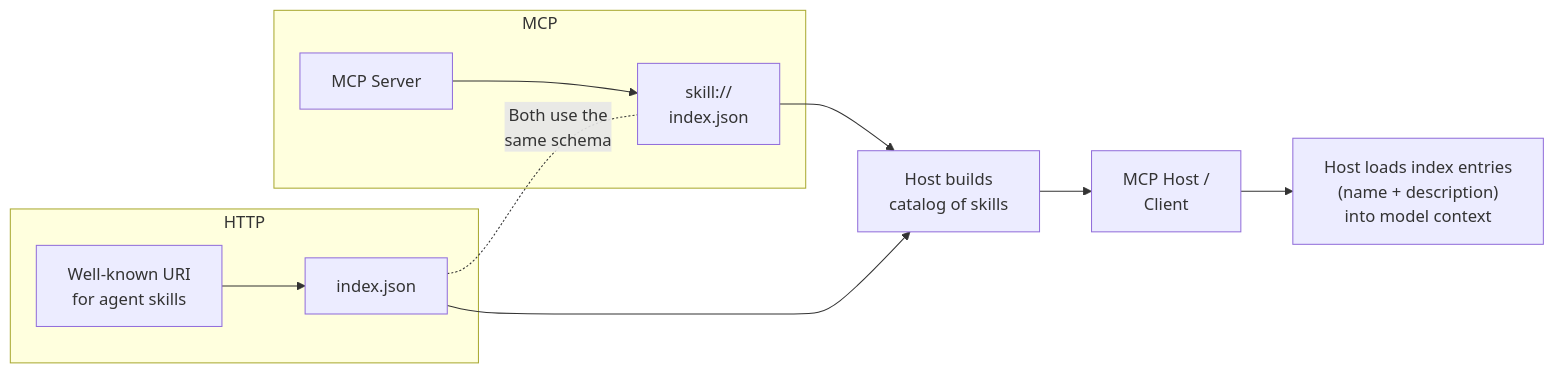
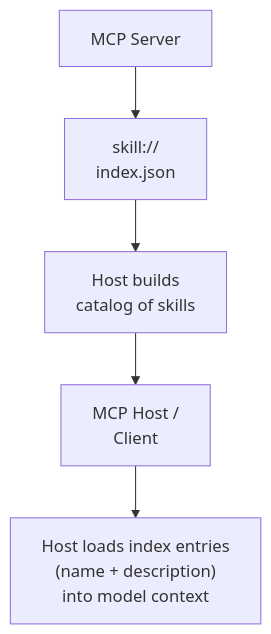
Before and after one commit to modelcontextprotocol/experimental-ext-skills: the diagram in plugins/skills-over-mcp/skills/implement-skills-host/SKILL.md, drawn with Mermaid. The commit also changed other lines of this file, not shown here.

Commit message:
refactor: streamline SKILL.md content and improve clarity on host integration

````diff
--- a/plugins/skills-over-mcp/skills/implement-skills-host/SKILL.md
+++ b/plugins/skills-over-mcp/skills/implement-skills-host/SKILL.md
@@ -19,14 +16,7 @@
 ```mermaid
-flowchart LR
-    subgraph HTTP
-        A["Well-known URI<br/>for agent skills"] --> B["index.json"]
-    end
-    subgraph MCP
-        C["MCP Server"] --> D["skill://<br/>index.json"]
-    end
-    B -. "Both use the<br/>same schema" .- D
-    B --> E["Host builds<br/>catalog of skills"]
-    D --> E
+flowchart TD
+    C["MCP Server"] --> D["skill://<br/>index.json"]
+    D --> E["Host builds<br/>catalog of skills"]
     E --> F["MCP Host /<br/>Client"]
     F --> G["Host loads index entries<br/>(name + description)<br/>into model context"]
 ```
````
